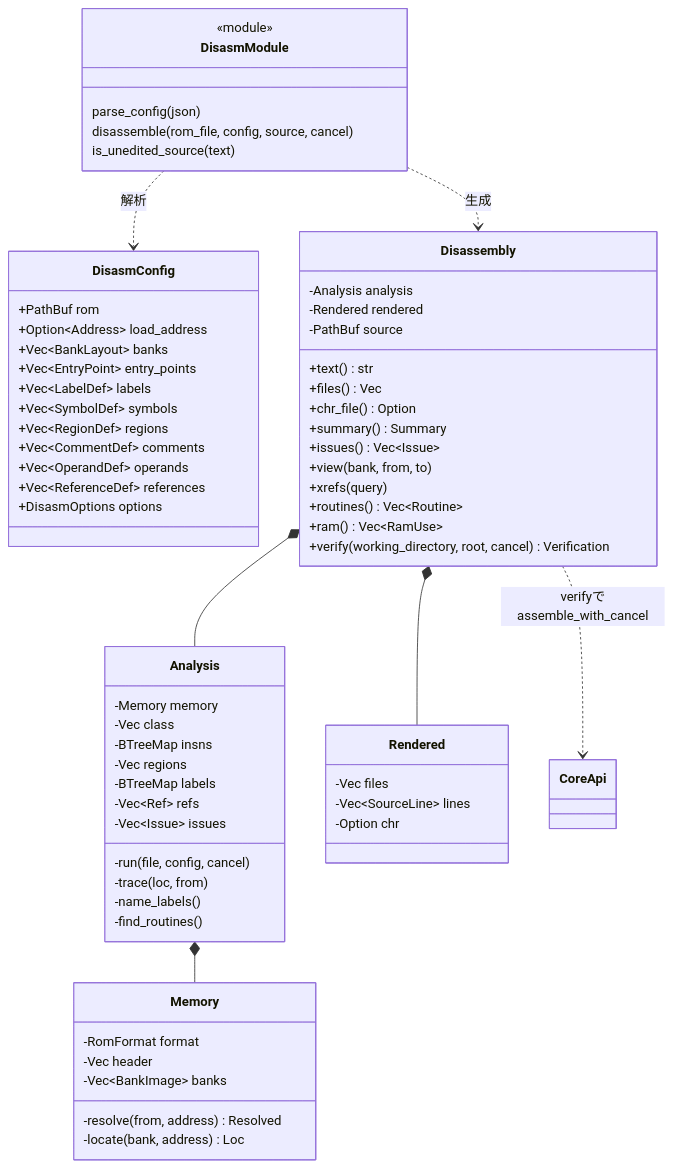
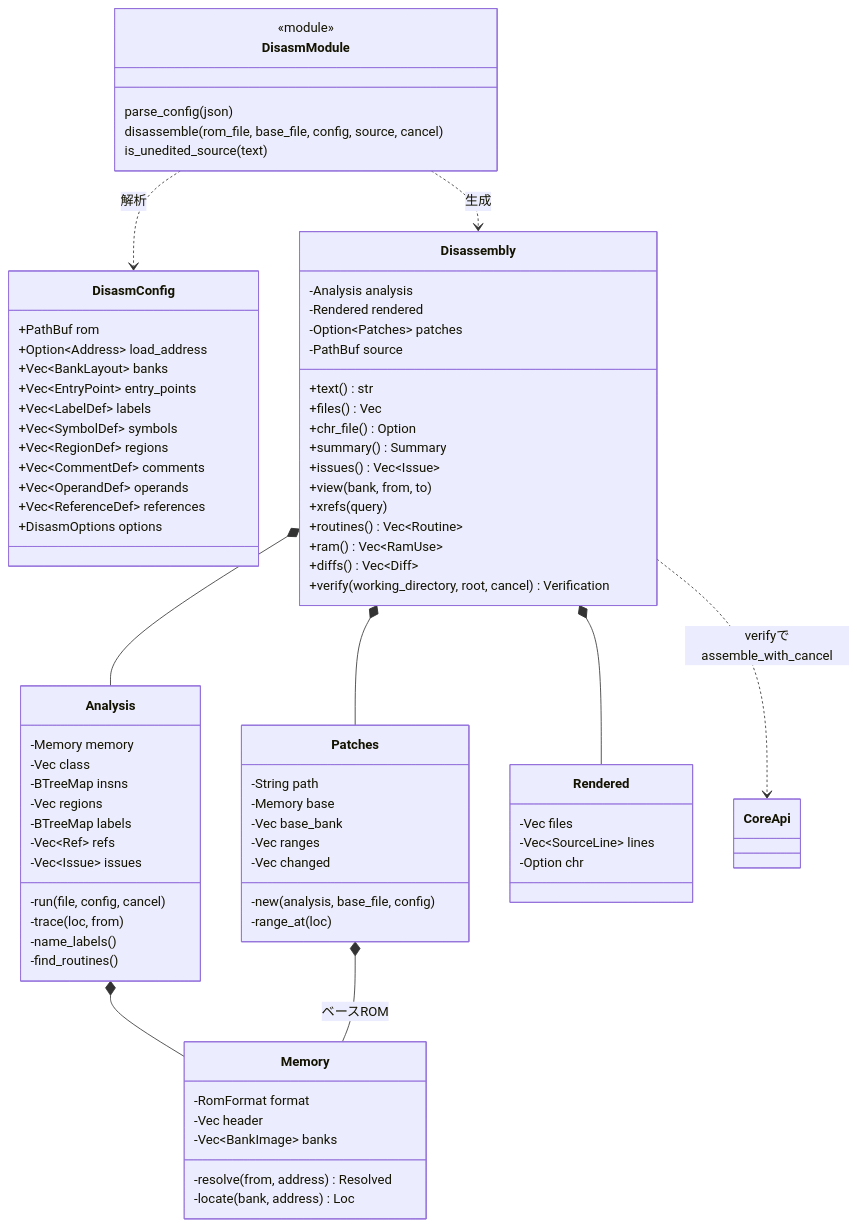
Before and after one commit to rock5easily/NesAsmRs: the seventh of 7 diagrams in docs/rust-uml.md, drawn with Mermaid. The commit also changed other lines of this file and 3 other files, not shown here.

````diff
--- a/docs/rust-uml.md
+++ b/docs/rust-uml.md
@@ -636,68 +637,81 @@
 ```mermaid
 classDiagram
     class DisasmConfig {
         +PathBuf rom
         +Option~Address~ load_address
         +Vec~BankLayout~ banks
         +Vec~EntryPoint~ entry_points
         +Vec~LabelDef~ labels
         +Vec~SymbolDef~ symbols
         +Vec~RegionDef~ regions
         +Vec~CommentDef~ comments
         +Vec~OperandDef~ operands
         +Vec~ReferenceDef~ references
         +DisasmOptions options
     }
     class Disassembly {
         -Analysis analysis
         -Rendered rendered
+        -Option~Patches~ patches
         -PathBuf source
         +text() str
         +files() Vec
         +chr_file() Option
         +summary() Summary
         +issues() Vec~Issue~
         +view(bank, from, to)
         +xrefs(query)
         +routines() Vec~Routine~
         +ram() Vec~RamUse~
+        +diffs() Vec~Diff~
         +verify(working_directory, root, cancel) Verification
     }
     class Analysis {
         -Memory memory
         -Vec class
         -BTreeMap insns
         -Vec regions
         -BTreeMap labels
         -Vec~Ref~ refs
         -Vec~Issue~ issues
         -run(file, config, cancel)
         -trace(loc, from)
         -name_labels()
         -find_routines()
     }
     class Memory {
         -RomFormat format
         -Vec header
         -Vec~BankImage~ banks
         -resolve(from, address) Resolved
         -locate(bank, address) Loc
     }
+    class Patches {
+        -String path
+        -Memory base
+        -Vec base_bank
+        -Vec ranges
+        -Vec changed
+        -new(analysis, base_file, config)
+        -range_at(loc)
+    }
     class Rendered {
         -Vec files
         -Vec~SourceLine~ lines
         -Option chr
     }
     class DisasmModule {
         <<module>>
         parse_config(json)
-        disassemble(rom_file, config, source, cancel)
+        disassemble(rom_file, base_file, config, source, cancel)
         is_unedited_source(text)
     }
     DisasmModule ..> Disassembly : 生成
     DisasmModule ..> DisasmConfig : 解析
     Disassembly *-- Analysis
     Disassembly *-- Rendered
     Analysis *-- Memory
+    Disassembly *-- Patches
+    Patches *-- Memory : ベースROM
     Disassembly ..> CoreApi : verifyでassemble_with_cancel
 ```
````
